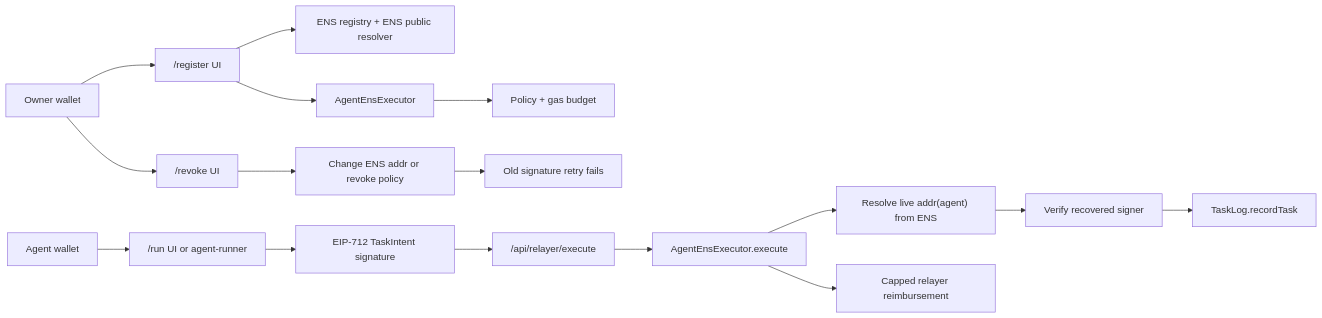
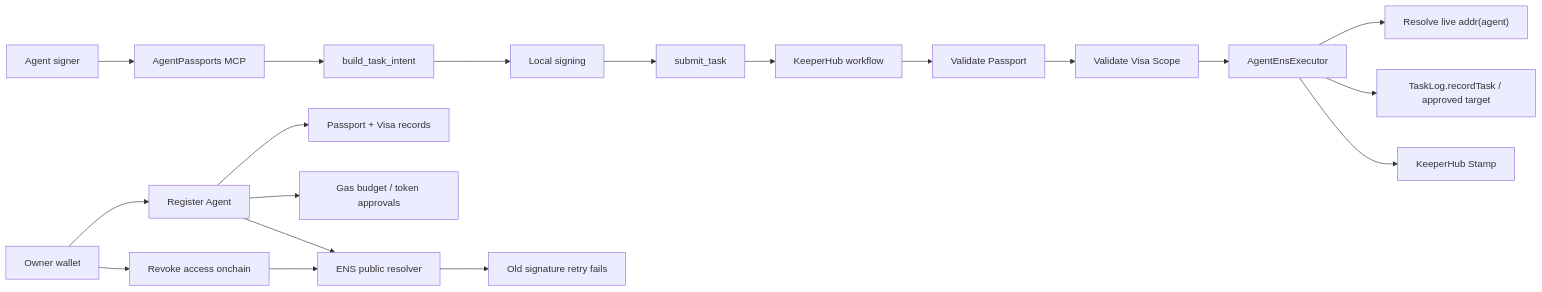
Before and after one commit to sarvesh1327/agentpassports.eth: the diagram in README.md, drawn with Mermaid. The commit also changed other lines of this file and 6 other files, not shown here.

````diff
--- a/README.md
+++ b/README.md
@@ -47,20 +29,24 @@
 ```mermaid
 flowchart LR
-  Owner["Owner wallet"] --> Register["/register UI"]
-  Register --> ENS["ENS registry + ENS public resolver"]
-  Register --> Executor["AgentEnsExecutor"]
-  Executor --> Policy["Policy + gas budget"]
+  Owner["Owner wallet"] --> Register["Register Agent"]
+  Register --> ENS["ENS public resolver"]
+  Register --> Visa["Passport + Visa records"]
+  Register --> Budget["Gas budget / token approvals"]
 
-  Agent["Agent wallet"] --> Run["/run UI or agent-runner"]
-  Run --> Intent["EIP-712 TaskIntent signature"]
-  Intent --> Relayer["/api/relayer/execute"]
-  Relayer --> Execute["AgentEnsExecutor.execute"]
-  Execute --> ENSRead["Resolve live addr(agent) from ENS"]
-  ENSRead --> Verify["Verify recovered signer"]
-  Verify --> TaskLog["TaskLog.recordTask"]
-  Execute --> Reimburse["Capped relayer reimbursement"]
+  Agent["Agent signer"] --> MCP["AgentPassports MCP"]
+  MCP --> Build["build_task_intent"]
+  Build --> Sign["Local signing"]
+  Sign --> Submit["submit_task"]
+  Submit --> KeeperHub["KeeperHub workflow"]
 
-  Owner --> Revoke["/revoke UI"]
-  Revoke --> ENSChange["Change ENS addr or revoke policy"]
-  ENSChange --> OldSignature["Old signature retry fails"]
+  KeeperHub --> PassportGate["Validate Passport"]
+  PassportGate --> VisaGate["Validate Visa Scope"]
+  VisaGate --> Execute["AgentEnsExecutor"]
+  Execute --> ENSRead["Resolve live addr(agent)"]
+  Execute --> TaskLog["TaskLog.recordTask / approved target"]
+  Execute --> Stamp["KeeperHub Stamp"]
+
+  Owner --> Revoke["Revoke access onchain"]
+  Revoke --> ENS
+  ENS --> Retry["Old signature retry fails"]
 ```
````
